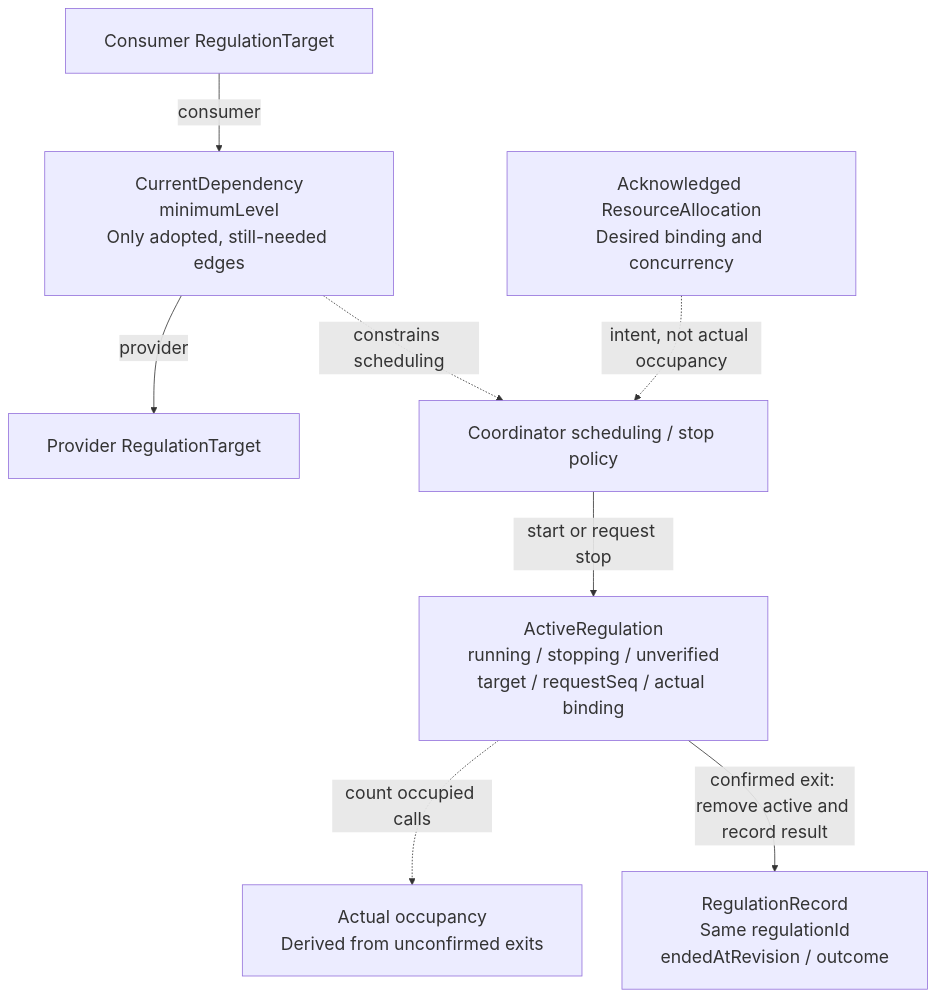
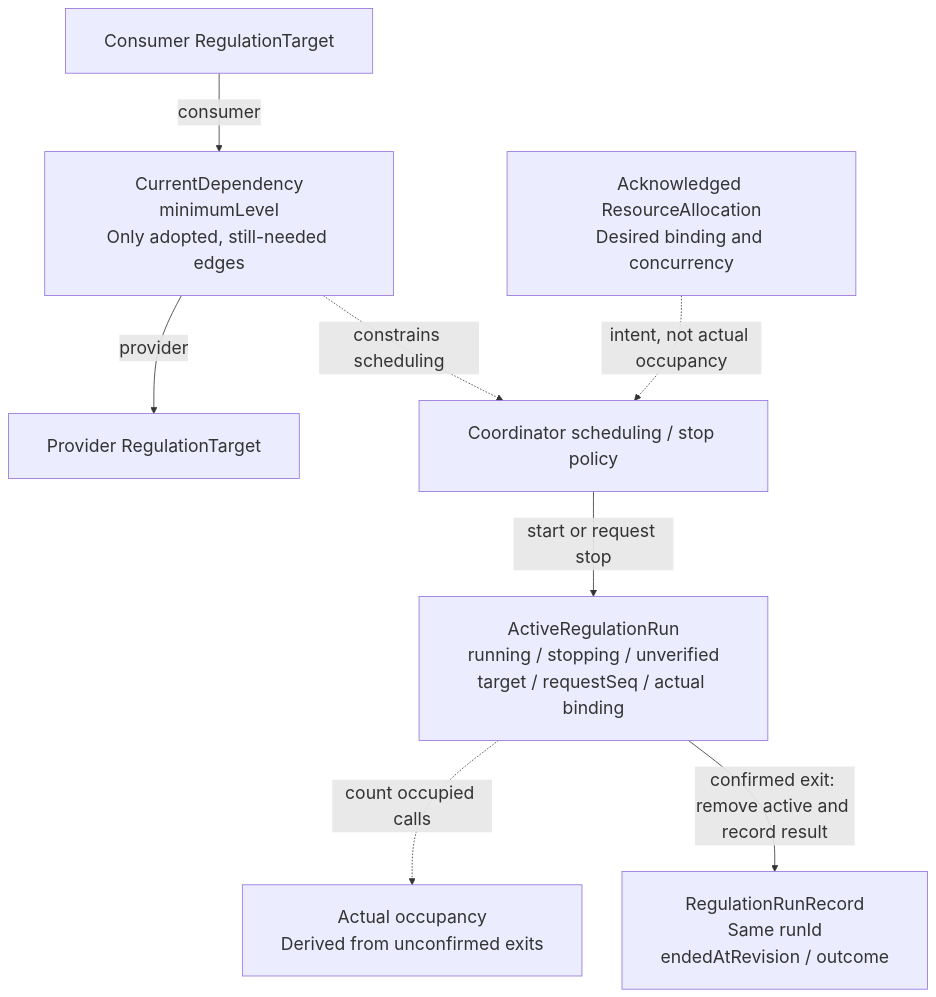
Before and after one commit to shazhou-ww/potential-guide: the fourth of 5 diagrams in .silvermoon/ideas/01M5E7N9F5Y0ZN1SYKDFYEVA20/outer/inner/ideal/Diagrams.md, drawn with Mermaid. The commit also changed other lines of this file and 8 other files, not shown here.

Commit message:
docs: clarify coordinator entities and unify intent-state diagrams

````diff
--- a/.silvermoon/ideas/01M5E7N9F5Y0ZN1SYKDFYEVA20/outer/inner/ideal/Diagrams.md
+++ b/.silvermoon/ideas/01M5E7N9F5Y0ZN1SYKDFYEVA20/outer/inner/ideal/Diagrams.md
@@ -168,30 +169,30 @@
 ```mermaid
 ---
 config:
   fontFamily: Arial, Helvetica, sans-serif
   themeVariables:
     fontFamily: Arial, Helvetica, sans-serif
     fontSize: 22px
   flowchart:
     wrappingWidth: 340
     nodeSpacing: 50
     rankSpacing: 65
     padding: 24
 ---
 flowchart TB
     CONSUMER["Consumer RegulationTarget"]
     PROVIDER["Provider RegulationTarget"]
     DEP["CurrentDependency<br/>minimumLevel<br/>Only adopted, still-needed edges"]
-    ACTIVE["ActiveRegulation<br/>running / stopping / unverified<br/>target / requestSeq / actual binding"]
+    ACTIVE["ActiveRegulationRun<br/>running / stopping / unverified<br/>target / requestSeq / actual binding"]
     OCCUPANCY["Actual occupancy<br/>Derived from unconfirmed exits"]
-    ENDED["RegulationRecord<br/>Same regulationId<br/>endedAtRevision / outcome"]
+    ENDED["RegulationRunRecord<br/>Same runId<br/>endedAtRevision / outcome"]
     RESOURCE["Acknowledged ResourceAllocation<br/>Desired binding and concurrency"]
     POLICY["Coordinator scheduling / stop policy"]
     CONSUMER -->|consumer| DEP
     DEP -->|provider| PROVIDER
     DEP -.->|constrains scheduling| POLICY
     RESOURCE -.->|intent, not actual occupancy| POLICY
     POLICY -->|start or request stop| ACTIVE
     ACTIVE -.->|count occupied calls| OCCUPANCY
     ACTIVE -->|confirmed exit: remove active and record result| ENDED
 ```
````
